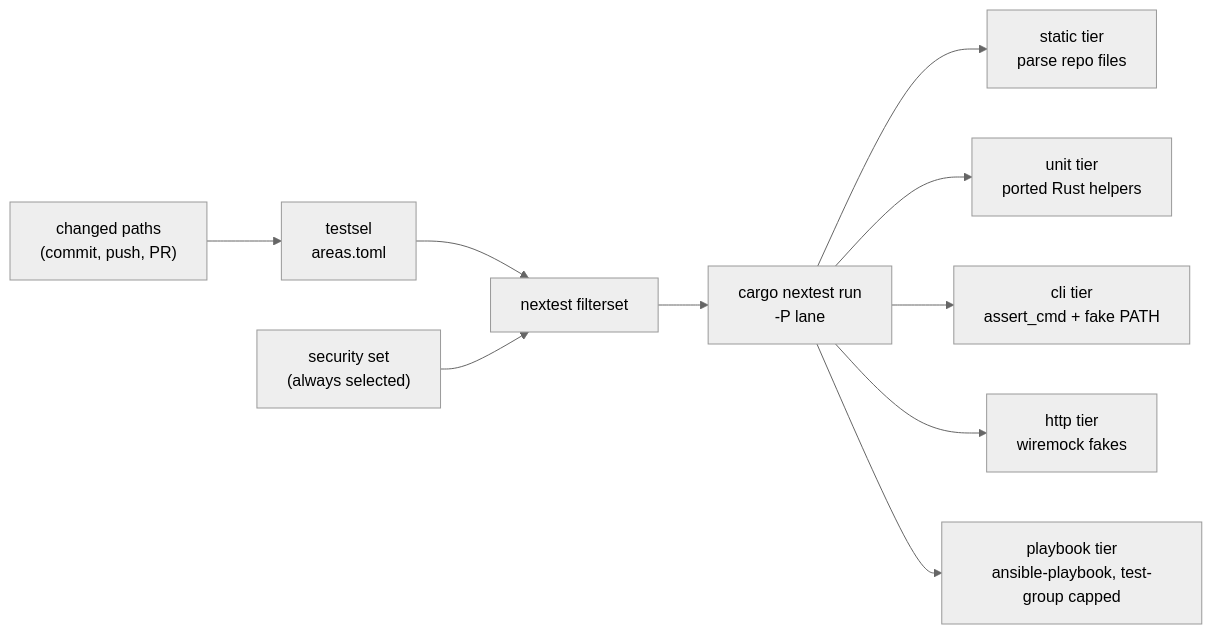
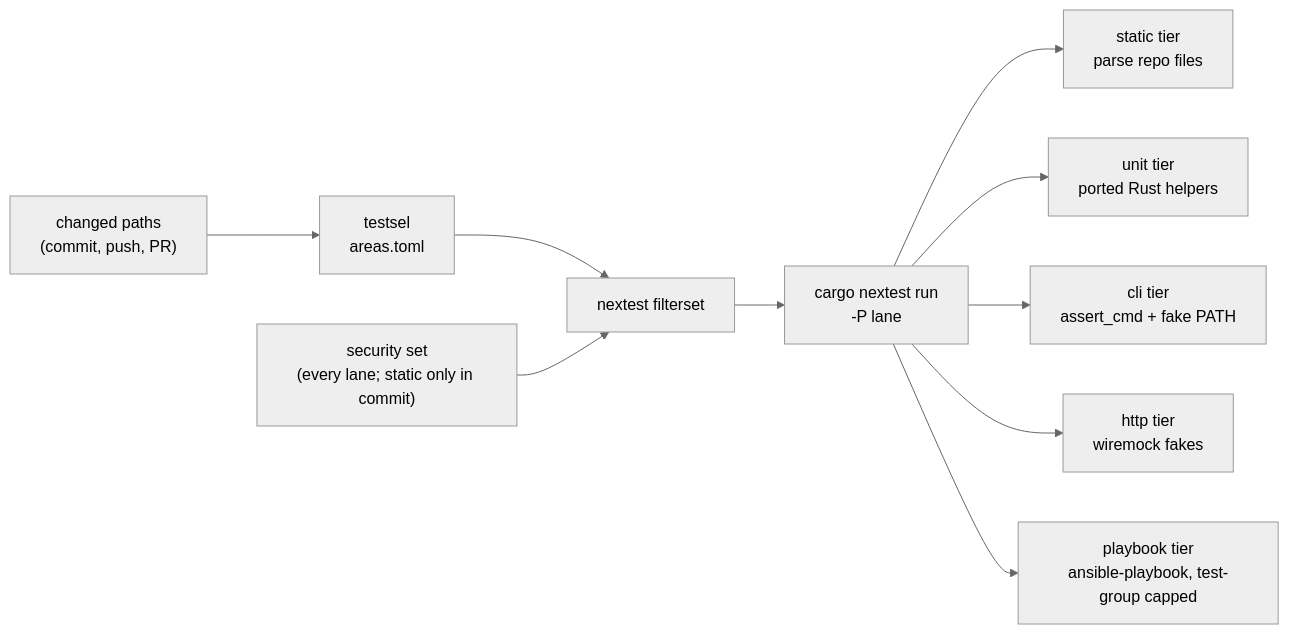
The diagram in plan/development/24-rust-test-platform.md (uhstray-io/agent-cloud), drawn with Mermaid (neutral theme) before and after one commit. The commit also changed other lines of this file, not shown here.

First line of the commit message:
docs(testing): qualify the security set's lane claims in plan 24 [AC-731]

````diff
--- a/plan/development/24-rust-test-platform.md
+++ b/plan/development/24-rust-test-platform.md
@@ -94,12 +94,12 @@
 ```mermaid
 flowchart LR
     CHG["changed paths<br/>(commit, push, PR)"] --> SEL["testsel<br/>areas.toml"]
     SEL --> FS["nextest filterset"]
     FS --> NX["cargo nextest run<br/>-P lane"]
     NX --> ST["static tier<br/>parse repo files"]
     NX --> UN["unit tier<br/>ported Rust helpers"]
     NX --> CLI["cli tier<br/>assert_cmd + fake PATH"]
     NX --> HTTP["http tier<br/>wiremock fakes"]
     NX --> PB["playbook tier<br/>ansible-playbook, test-group capped"]
-    SEC["security set<br/>(always selected)"] --> FS
+    SEC["security set<br/>(every lane; static only in commit)"] --> FS
 ```
````
